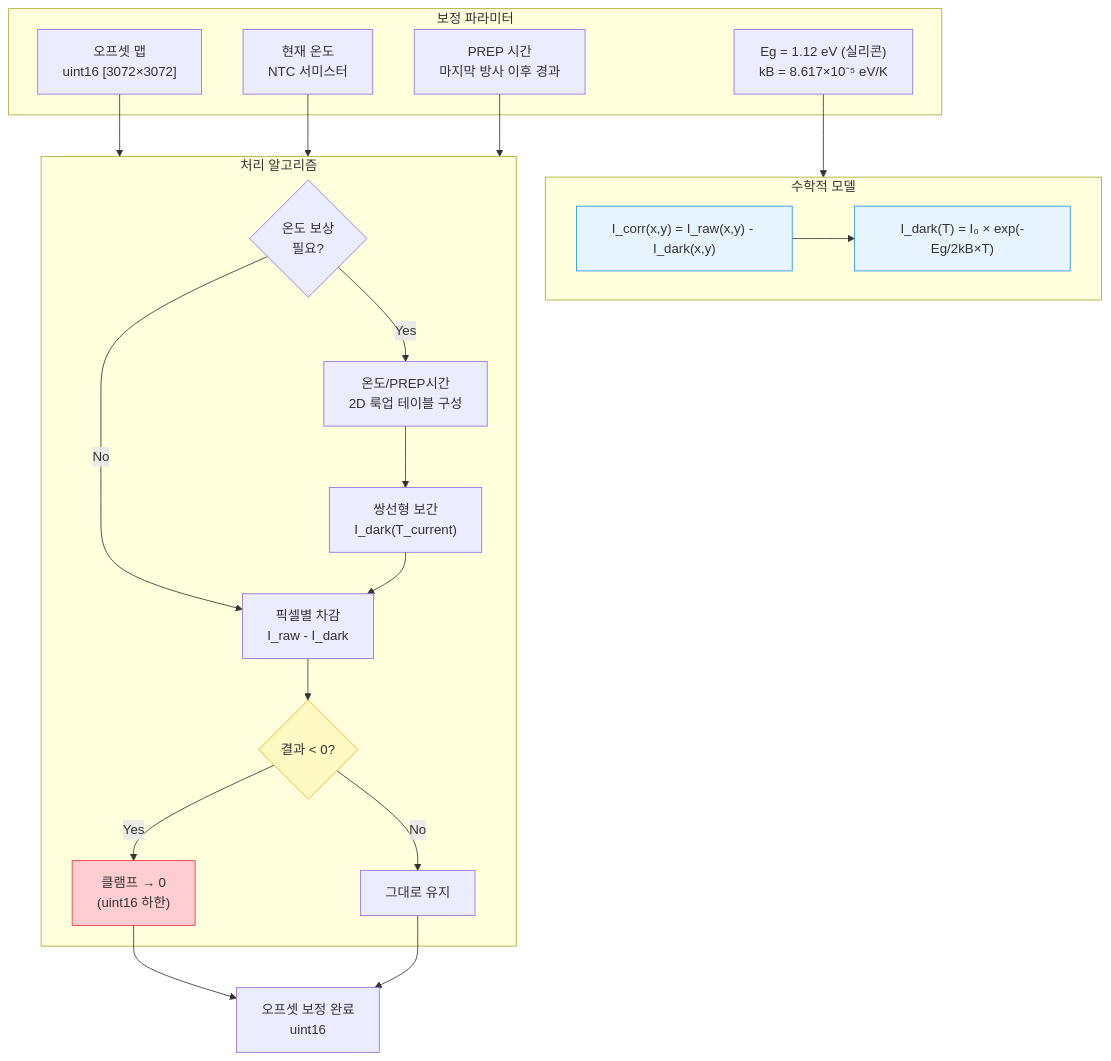
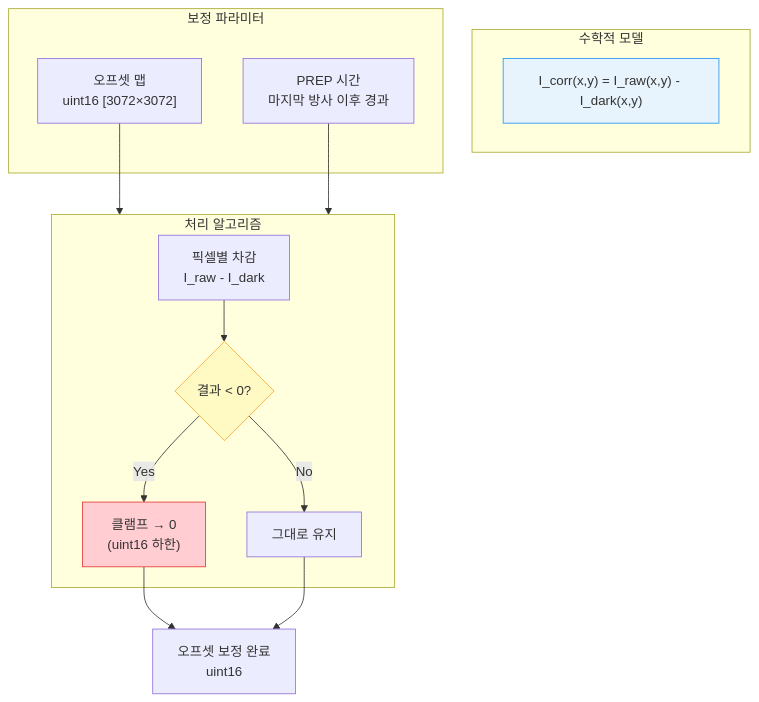
Before and after one commit to holee9/image-processing: the fourth of 12 diagrams in docs/calibration/CONCEPT-DIAGRAMS.md, drawn with Mermaid. The commit also changed other lines of this file and 18 other files, not shown here.

````diff
--- a/docs/calibration/CONCEPT-DIAGRAMS.md
+++ b/docs/calibration/CONCEPT-DIAGRAMS.md
@@ -195,45 +192,32 @@
 ```mermaid
 flowchart TD
     subgraph MATH["수학적 모델"]
         M1["I_corr(x,y) = I_raw(x,y) - I_dark(x,y)"]
-        M2["I_dark(T) = I₀ × exp(-Eg/2kB×T)"]
-        M1 --> M2
     end
 
     subgraph ALGO["처리 알고리즘"]
-        A1{"온도 보상\n필요?"}
-        A2["온도/PREP시간\n2D 룩업 테이블 구성"]
-        A3["쌍선형 보간\nI_dark(T_current)"]
         A4["픽셀별 차감\nI_raw - I_dark"]
         A5{"결과 < 0?"}
         A6["클램프 → 0\n(uint16 하한)"]
         A7["그대로 유지"]
 
-        A1 -->|Yes| A2
-        A1 -->|No| A4
-        A2 --> A3 --> A4
         A4 --> A5
         A5 -->|Yes| A6
         A5 -->|No| A7
     end
 
     subgraph PARAMS["보정 파라미터"]
         P1["오프셋 맵\nuint16 [3072×3072]"]
-        P2["현재 온도\nNTC 서미스터"]
         P3["PREP 시간\n마지막 방사 이후 경과"]
-        P4["Eg = 1.12 eV (실리콘)\nkB = 8.617×10⁻⁵ eV/K"]
     end
 
     P1 --> ALGO
-    P2 --> ALGO
     P3 --> ALGO
-    P4 --> MATH
 
     A6 --> OUT["오프셋 보정 완료\nuint16"]
     A7 --> OUT
 
     style M1 fill:#e8f4fd,stroke:#2196F3
-    style M2 fill:#e8f4fd,stroke:#2196F3
     style A5 fill:#fff9c4,stroke:#f9a825
     style A6 fill:#ffcdd2,stroke:#e53935
 ```
````
